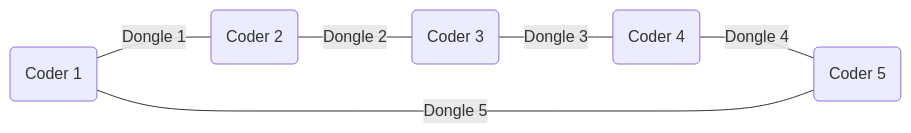
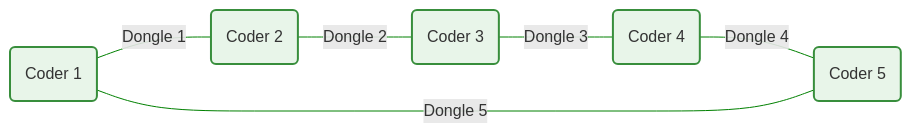
Before and after one commit to noemiepi/Codexion: the first of 4 diagrams in README.md, drawn with Mermaid. The commit also changed other lines of this file, not shown here.

````diff
--- a/README.md
+++ b/README.md
@@ -18,8 +18,13 @@
 ```mermaid
 flowchart LR
+    classDef finish fill:#e8f5e9,stroke:#388e3c,stroke-width:2px,color:#333;
+
     A(Coder 1) ---|Dongle 1| B
     B(Coder 2) ---|Dongle 2| C
     C(Coder 3) ---|Dongle 3| D
     D(Coder 4) ---|Dongle 4| E
     E(Coder 5) ---|Dongle 5| A
+
+    class A,B,C,D,E finish
+    linkStyle default stroke:green;
 ```
````
